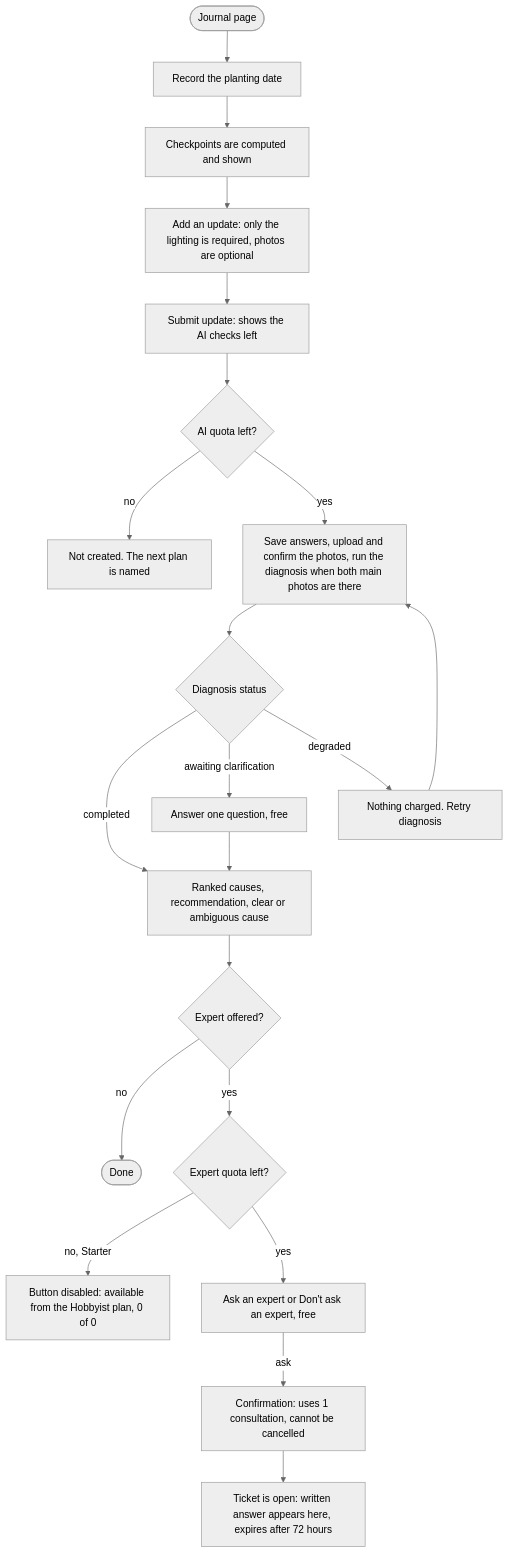
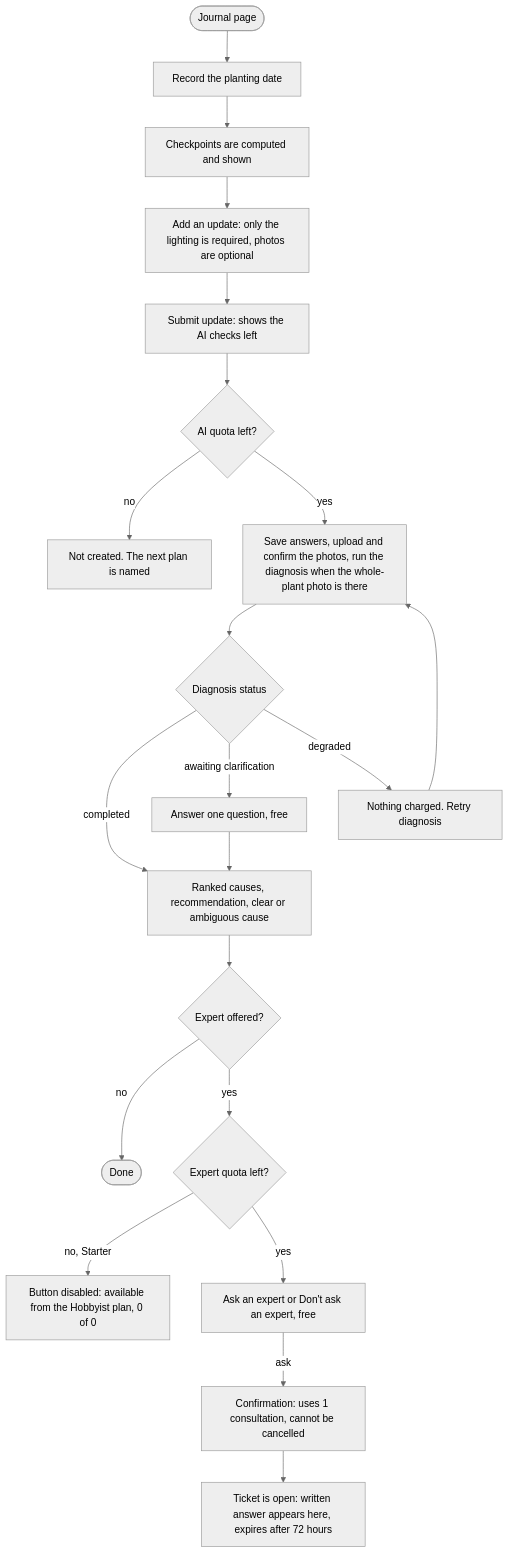
One commit to DaniilTsitavets/diploma-growpath-frontend changed the fourth of 8 diagrams in docs/user-flows.md. Above: the diagram before and after it, drawn with Mermaid (neutral theme). The commit also changed 7 other files, not shown here.

Commit message:
Stop asking for the soil photo: only the whole-plant photo is required (#45)

````diff
--- a/docs/user-flows.md
+++ b/docs/user-flows.md
@@ -94,23 +94,23 @@
 ```mermaid
 flowchart TD
   A([Journal page]) --> B[Record the planting date]
   B --> C[Checkpoints are computed and shown]
   C --> D[Add an update: only the lighting is required, photos are optional]
   D --> E[Submit update: shows the AI checks left]
   E --> F{AI quota left?}
   F -->|no| G[Not created. The next plan is named]
-  F -->|yes| H[Save answers, upload and confirm the photos, run the diagnosis when both main photos are there]
+  F -->|yes| H[Save answers, upload and confirm the photos, run the diagnosis when the whole-plant photo is there]
   H --> I{Diagnosis status}
   I -->|completed| J[Ranked causes, recommendation, clear or ambiguous cause]
   I -->|awaiting clarification| K[Answer one question, free]
   K --> J
   I -->|degraded| L[Nothing charged. Retry diagnosis]
   L --> H
   J --> M{Expert offered?}
   M -->|no| N([Done])
   M -->|yes| O{Expert quota left?}
   O -->|no, Starter| P[Button disabled: available from the Hobbyist plan, 0 of 0]
   O -->|yes| Q[Ask an expert or Don't ask an expert, free]
   Q -->|ask| R[Confirmation: uses 1 consultation, cannot be cancelled]
   R --> S[Ticket is open: written answer appears here, expires after 72 hours]
 ```
````
